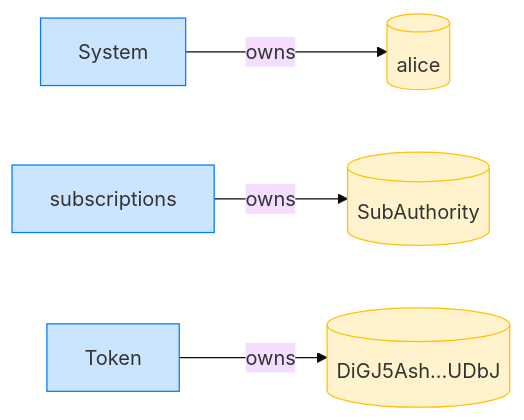
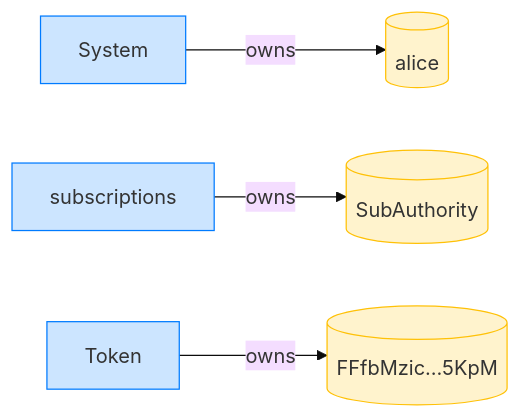
The fourth of 24 diagrams in dsl_tests/resume-allowed-while-the-plan-is-sunset.md (cds-rs/subscriptions), drawn with Mermaid (base theme) before and after one commit. The commit also changed other lines of this file and 224 other files, not shown here.

````diff
--- a/dsl_tests/resume-allowed-while-the-plan-is-sunset.md
+++ b/dsl_tests/resume-allowed-while-the-plan-is-sunset.md
@@ -73,14 +78,14 @@
 ```mermaid
 flowchart LR
     classDef owner fill:#cce5ff,stroke:#007bff;
     classDef account fill:#fff3cd,stroke:#ffc107;
     System[System]:::owner
     alice[(alice)]:::account
     subscriptions[subscriptions]:::owner
     SubAuthority[(SubAuthority)]:::account
     Token[Token]:::owner
-    DiGJ5Ash_UDbJ[("DiGJ5Ash…UDbJ")]:::account
+    FFfbMzic_5KpM[("FFfbMzic…5KpM")]:::account
     System -->|owns| alice
     subscriptions -->|owns| SubAuthority
-    Token -->|owns| DiGJ5Ash_UDbJ
+    Token -->|owns| FFfbMzic_5KpM
 ```
````
